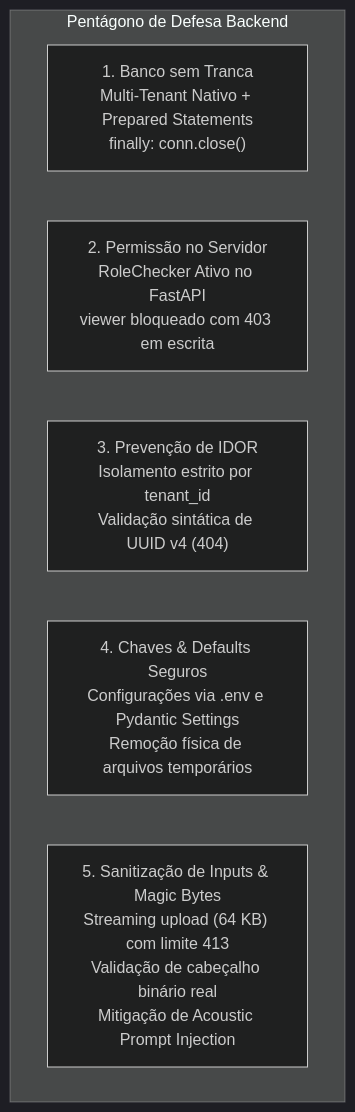
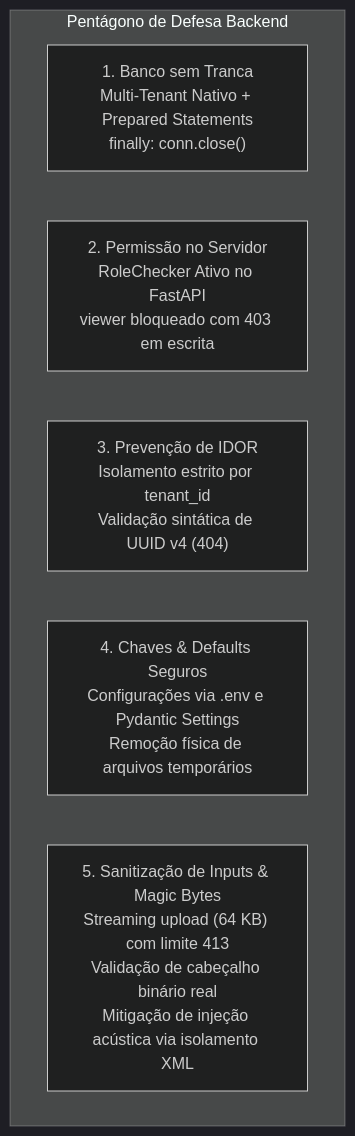
The first of 2 diagrams in README.md (ElyssonAlvs/audio-prompt-engine), drawn with Mermaid (dark theme) before and after one commit. The commit also changed other lines of this file and 3 other files, not shown here.

````diff
--- a/README.md
+++ b/README.md
@@ -127,10 +182,10 @@
 ```mermaid
 flowchart TD
     subgraph Pentagon["Pentágono de Defesa Backend"]
         P1["1. Banco sem Tranca<br/>Multi-Tenant Nativo + Prepared Statements<br/>finally: conn.close()"]
         P2["2. Permissão no Servidor<br/>RoleChecker Ativo no FastAPI<br/>viewer bloqueado com 403 em escrita"]
         P3["3. Prevenção de IDOR<br/>Isolamento estrito por tenant_id<br/>Validação sintática de UUID v4 (404)"]
         P4["4. Chaves & Defaults Seguros<br/>Configurações via .env e Pydantic Settings<br/>Remoção física de arquivos temporários"]
-        P5["5. Sanitização de Inputs & Magic Bytes<br/>Streaming upload (64 KB) com limite 413<br/>Validação de cabeçalho binário real<br/>Mitigação de Acoustic Prompt Injection"]
+        P5["5. Sanitização de Inputs & Magic Bytes<br/>Streaming upload (64 KB) com limite 413<br/>Validação de cabeçalho binário real<br/>Mitigação de injeção acústica via isolamento XML"]
     end
 ```
````
